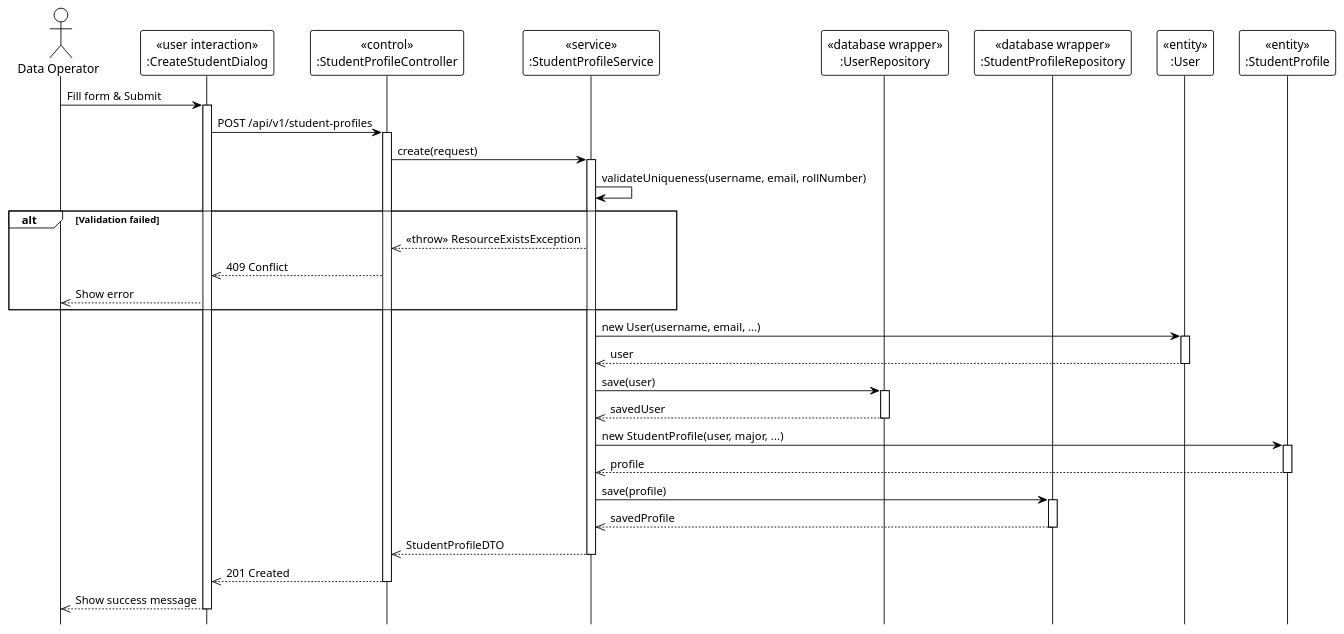
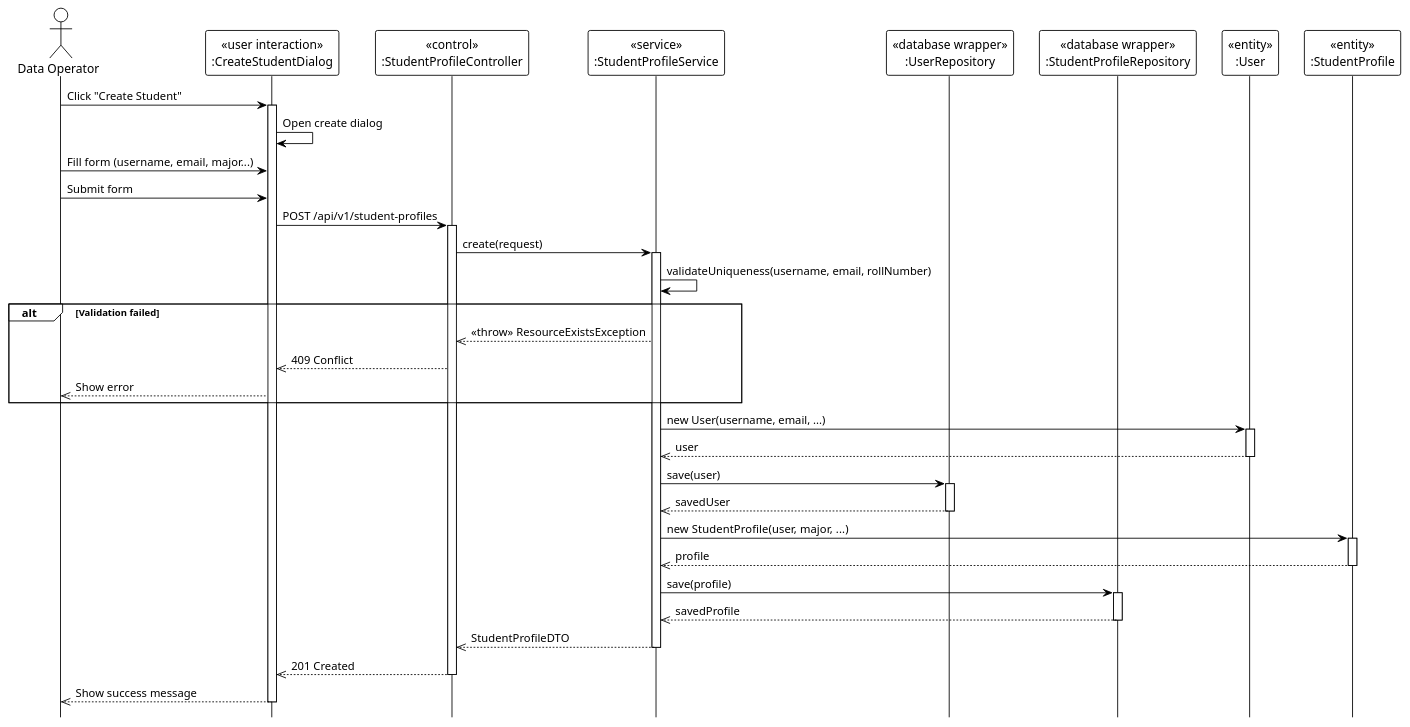
Before and after one commit to Ndh474/context: the diagram in system_detailed_design/44_create_student/sequence_diagram_create_student.puml, drawn with PlantUML. The commit also changed 14 other files, not shown here.

Commit message:
docs: Add system detailed design sequence and class diagrams for student and staff management features.

```diff
--- a/system_detailed_design/44_create_student/sequence_diagram_create_student.puml
+++ b/system_detailed_design/44_create_student/sequence_diagram_create_student.puml
@@ -1,65 +1,70 @@
 @startuml create_student
 !theme plain
 hide footbox
 
 actor "Data Operator" as Admin
 
 participant "«user interaction»\n:CreateStudentDialog" as UI
 participant "«control»\n:StudentProfileController" as Controller
 participant "«service»\n:StudentProfileService" as Service
 participant "«database wrapper»\n:UserRepository" as UserRepo
 participant "«database wrapper»\n:StudentProfileRepository" as ProfileRepo
 participant "«entity»\n:User" as UserEntity
 participant "«entity»\n:StudentProfile" as ProfileEntity
 
 ' --- MAIN FLOW ---
-Admin -> UI: Fill form & Submit
+Admin -> UI: Click "Create Student"
 activate UI
+
+UI -> UI: Open create dialog
+
+Admin -> UI: Fill form (username, email, major...)
+Admin -> UI: Submit form
 
 UI -> Controller: POST /api/v1/student-profiles
 activate Controller
 
 Controller -> Service: create(request)
 activate Service
 
 ' Validation (Internal)
 Service -> Service: validateUniqueness(username, email, rollNumber)
 
 alt Validation failed
     Service -->> Controller: <<throw>> ResourceExistsException
     Controller -->> UI: 409 Conflict
     UI -->> Admin: Show error
 end
 
 ' --- CREATE USER ---
 Service -> UserEntity: new User(username, email, ...)
 activate UserEntity
 UserEntity -->> Service: user
 deactivate UserEntity
 
 Service -> UserRepo: save(user)
 activate UserRepo
 UserRepo -->> Service: savedUser
 deactivate UserRepo
 
 ' --- CREATE PROFILE ---
 Service -> ProfileEntity: new StudentProfile(user, major, ...)
 activate ProfileEntity
 ProfileEntity -->> Service: profile
 deactivate ProfileEntity
 
 Service -> ProfileRepo: save(profile)
 activate ProfileRepo
 ProfileRepo -->> Service: savedProfile
 deactivate ProfileRepo
 
 Service -->> Controller: StudentProfileDTO
 deactivate Service
 
 Controller -->> UI: 201 Created
 deactivate Controller
 
 UI -->> Admin: Show success message
 deactivate UI
 
 @enduml
```
